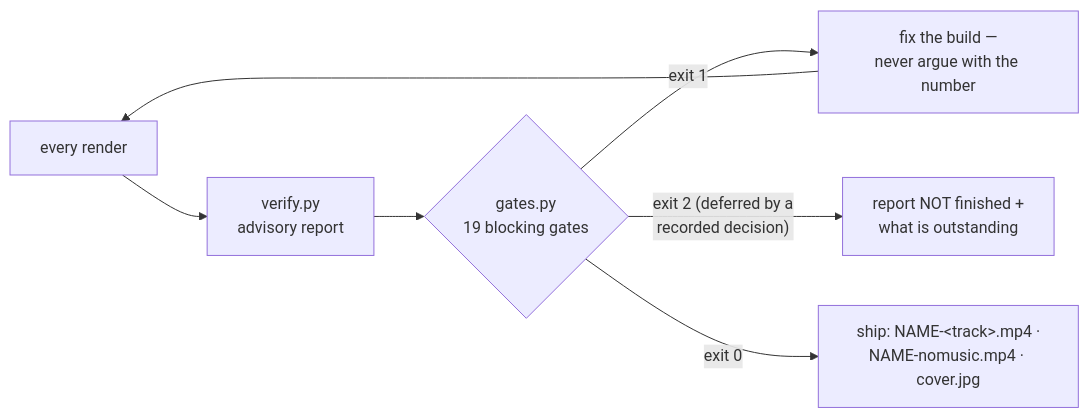
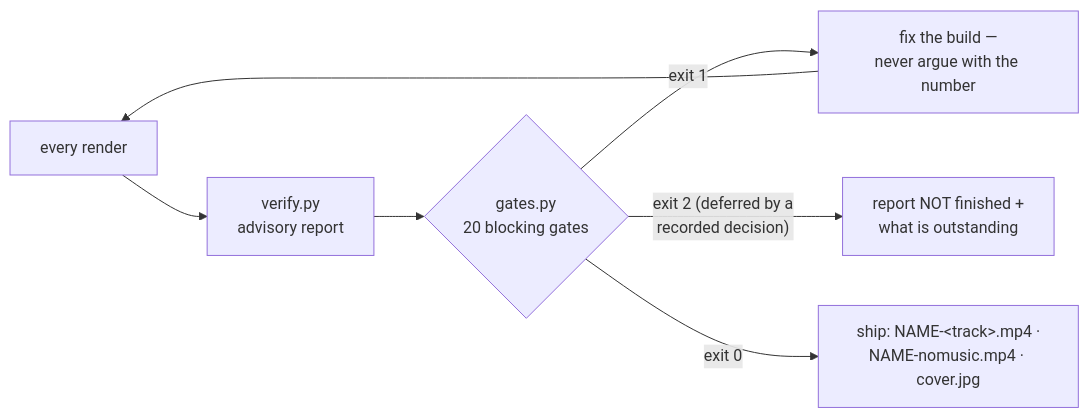
Before and after one commit to chyiiiiiiiiiiii/yiibu: the second of 2 diagrams in skills/yiibu/SKILL.md, drawn with Mermaid. The commit also changed other lines of this file and 17 other files, not shown here.

````diff
--- a/skills/yiibu/SKILL.md
+++ b/skills/yiibu/SKILL.md
@@ -449,7 +449,7 @@
 ```mermaid
 flowchart LR
-    R[every render] --> V["verify.py<br/>advisory report"] --> G{"gates.py<br/>19 blocking gates"}
+    R[every render] --> V["verify.py<br/>advisory report"] --> G{"gates.py<br/>20 blocking gates"}
     G -->|exit 1| F["fix the build —<br/>never argue with the number"] --> R
     G -->|"exit 2 (deferred by a<br/>recorded decision)"| D["report NOT finished +<br/>what is outstanding"]
     G -->|exit 0| S["ship: NAME-&lt;track&gt;.mp4 ·<br/>NAME-nomusic.mp4 · cover.jpg"]
 ```
````
